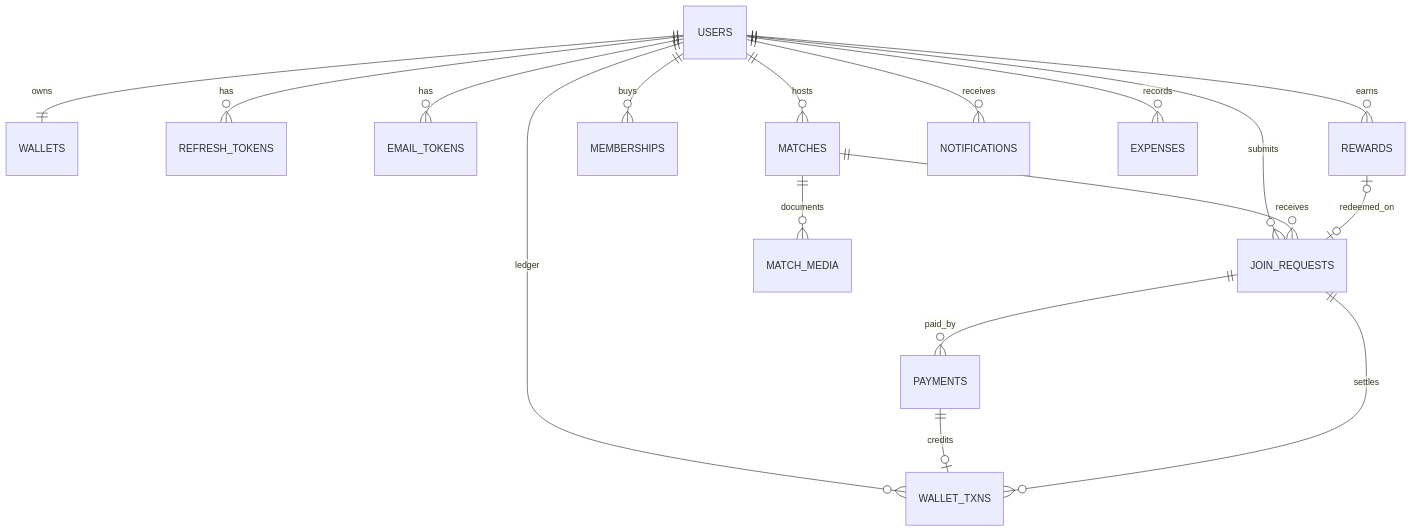
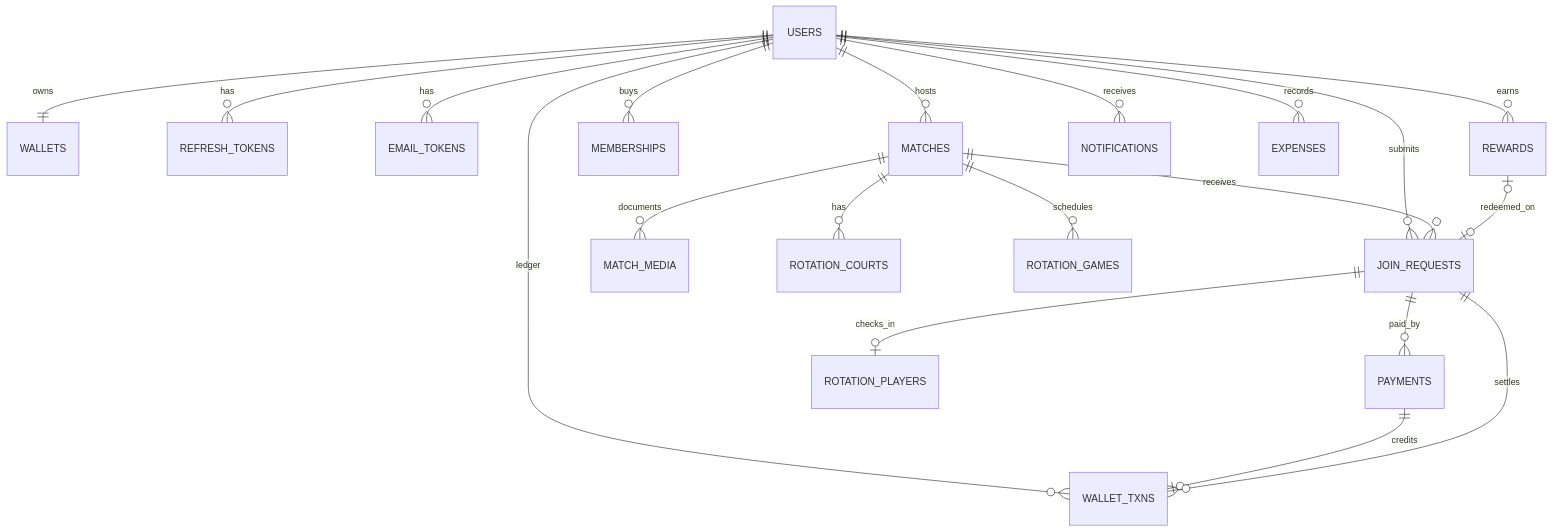
The diagram in DATABASE.md (thisisikiii/ShuttleCircle), drawn with Mermaid before and after one commit. The commit also changed other lines of this file and 15 other files, not shown here.

````diff
--- a/DATABASE.md
+++ b/DATABASE.md
@@ -7,19 +7,22 @@
 ```mermaid
 erDiagram
     USERS ||--|| WALLETS : owns
     USERS ||--o{ REFRESH_TOKENS : has
     USERS ||--o{ EMAIL_TOKENS : has
     USERS ||--o{ MATCHES : hosts
     USERS ||--o{ JOIN_REQUESTS : submits
     MATCHES ||--o{ JOIN_REQUESTS : receives
     MATCHES ||--o{ MATCH_MEDIA : documents
     USERS ||--o{ WALLET_TXNS : ledger
     PAYMENTS ||--o| WALLET_TXNS : credits
     JOIN_REQUESTS ||--o{ PAYMENTS : paid_by
     JOIN_REQUESTS ||--o{ WALLET_TXNS : settles
     USERS ||--o{ MEMBERSHIPS : buys
     USERS ||--o{ REWARDS : earns
     REWARDS |o--o| JOIN_REQUESTS : redeemed_on
     USERS ||--o{ NOTIFICATIONS : receives
     USERS ||--o{ EXPENSES : records
+    MATCHES ||--o{ ROTATION_COURTS : has
+    MATCHES ||--o{ ROTATION_GAMES : schedules
+    JOIN_REQUESTS ||--o| ROTATION_PLAYERS : checks_in
 ```
````
